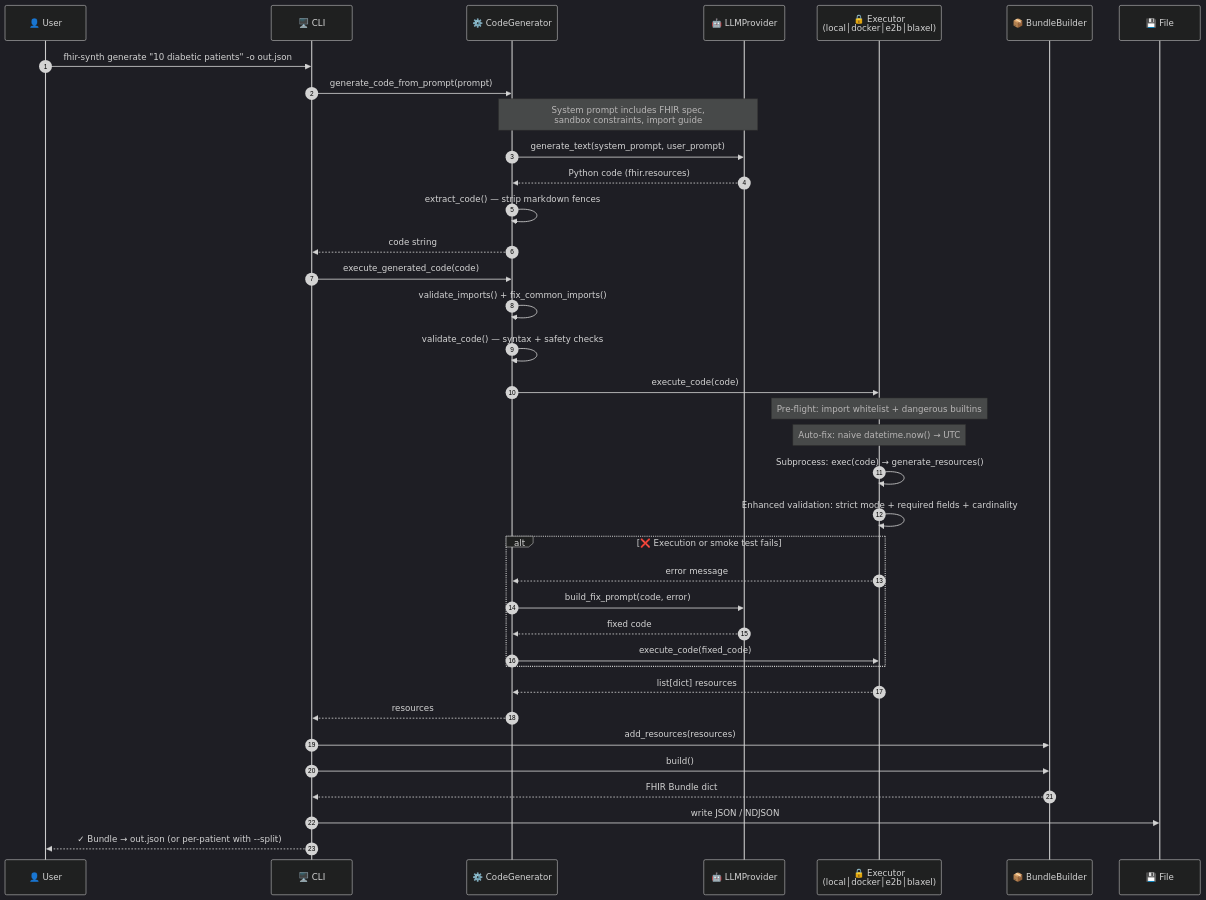
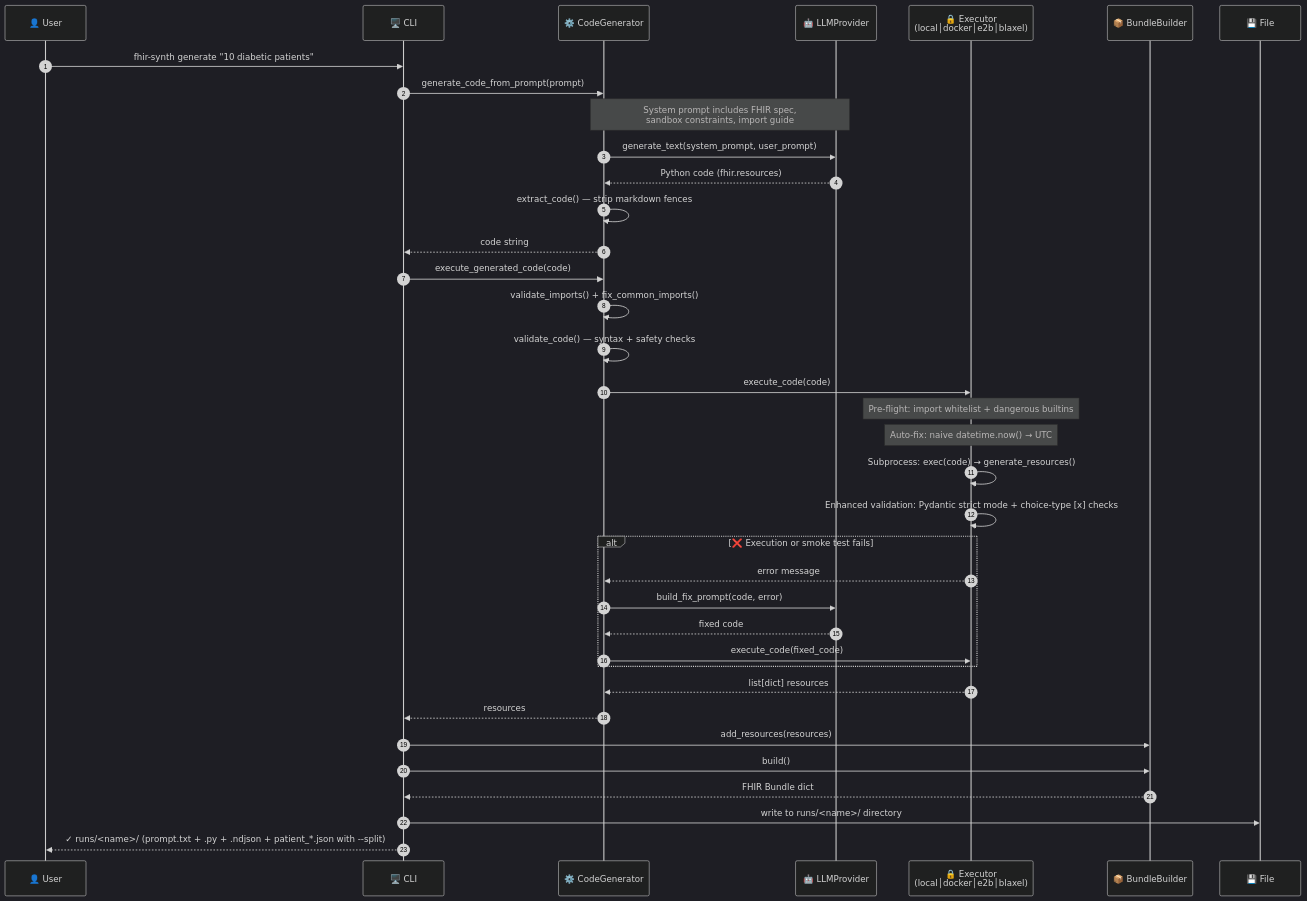
The second of 3 diagrams in docs/architecture.md (alvinhenrick/fhir-synth), drawn with Mermaid (dark theme) before and after one commit. The commit also changed other lines of this file and 9 other files, not shown here.

````diff
--- a/docs/architecture.md
+++ b/docs/architecture.md
@@ -76,47 +76,47 @@
 ```mermaid
 sequenceDiagram
     autonumber
     participant U as 👤 User
     participant CLI as 🖥️ CLI
     participant CG as ⚙️ CodeGenerator
     participant LLM as 🤖 LLMProvider
     participant EX as 🔒 Executor<br/>(local│docker│e2b│blaxel)
     participant BB as 📦 BundleBuilder
     participant F as 💾 File
 
-    U->>CLI: fhir-synth generate "10 diabetic patients" -o out.json
+    U->>CLI: fhir-synth generate "10 diabetic patients"
     CLI->>CG: generate_code_from_prompt(prompt)
 
     Note over CG,LLM: System prompt includes FHIR spec,<br/>sandbox constraints, import guide
     CG->>LLM: generate_text(system_prompt, user_prompt)
     LLM-->>CG: Python code (fhir.resources)
     CG->>CG: extract_code() — strip markdown fences
     CG-->>CLI: code string
 
     CLI->>CG: execute_generated_code(code)
     CG->>CG: validate_imports() + fix_common_imports()
     CG->>CG: validate_code() — syntax + safety checks
 
     CG->>EX: execute_code(code)
     Note over EX: Pre-flight: import whitelist + dangerous builtins
     Note over EX: Auto-fix: naive datetime.now() → UTC
     EX->>EX: Subprocess: exec(code) → generate_resources()
-    EX->>EX: Enhanced validation: strict mode + required fields + cardinality
+    EX->>EX: Enhanced validation: Pydantic strict mode + choice-type [x] checks
 
     alt ❌ Execution or smoke test fails
         EX-->>CG: error message
         CG->>LLM: build_fix_prompt(code, error)
         LLM-->>CG: fixed code
         CG->>EX: execute_code(fixed_code)
     end
 
     EX-->>CG: list[dict] resources
     CG-->>CLI: resources
 
     CLI->>BB: add_resources(resources)
     CLI->>BB: build()
     BB-->>CLI: FHIR Bundle dict
 
-    CLI->>F: write JSON / NDJSON
-    CLI-->>U: ✓ Bundle → out.json (or per-patient with --split)
+    CLI->>F: write to runs/<name>/ directory
+    CLI-->>U: ✓ runs/<name>/ (prompt.txt + .py + .ndjson + patient_*.json with --split)
 ```
````
